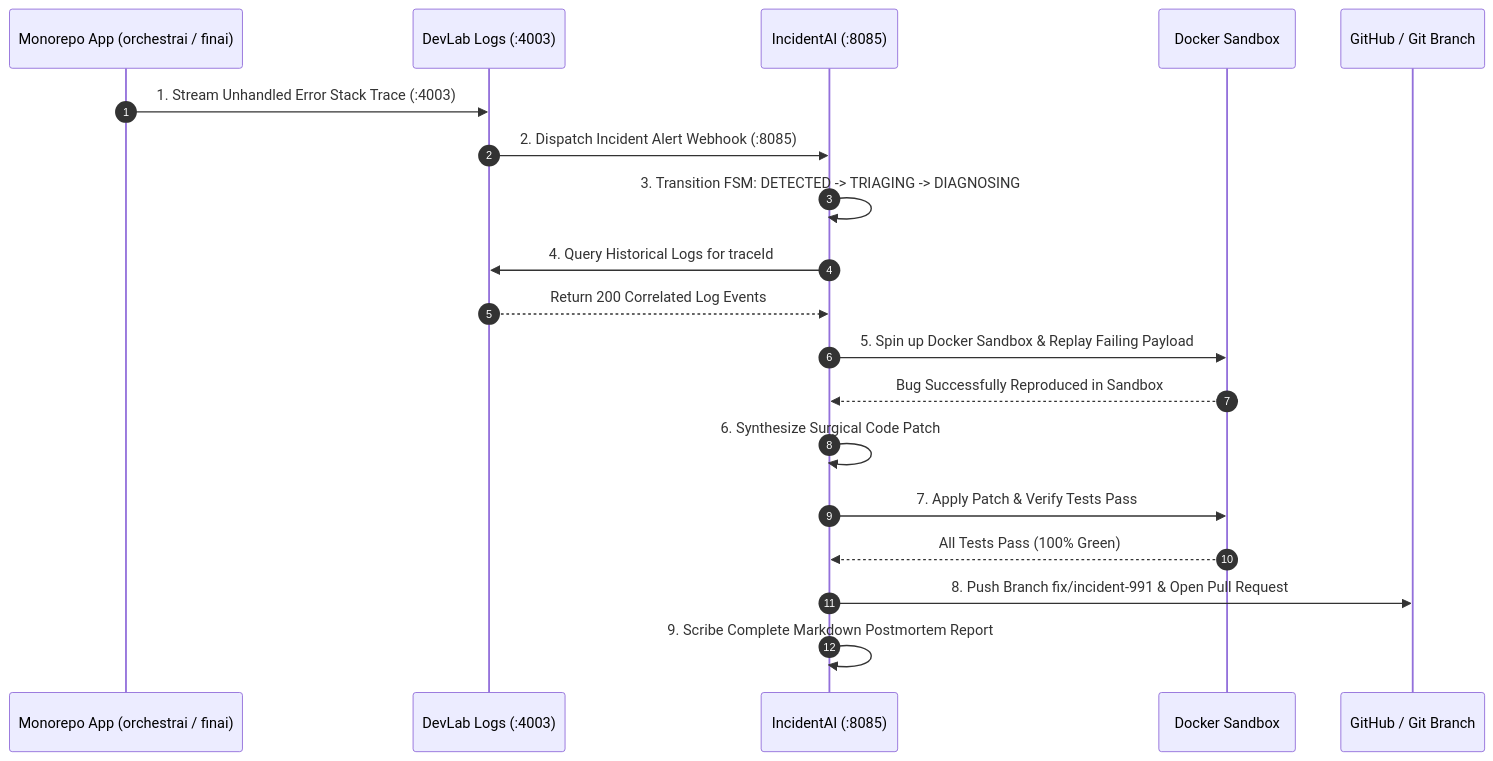
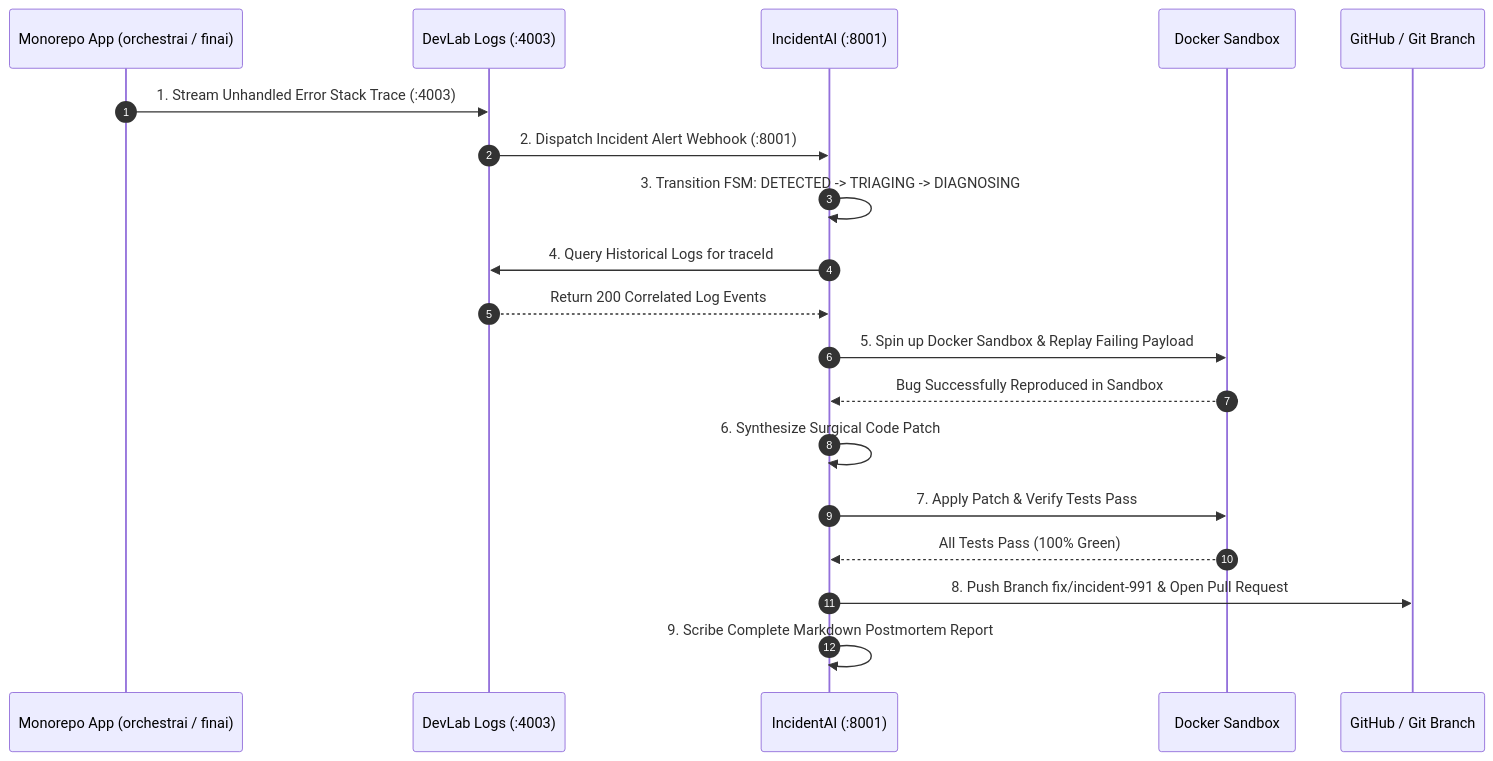
Before and after one commit to yuvadevlab/incidentai: the diagram in PROJECT_INFO.md, drawn with Mermaid. The commit also changed other lines of this file and 14 other files, not shown here.

````diff
--- a/PROJECT_INFO.md
+++ b/PROJECT_INFO.md
@@ -107,25 +107,25 @@
 ```mermaid
 sequenceDiagram
     autonumber
     participant App as Monorepo App (orchestrai / finai)
     participant Logs as DevLab Logs (:4003)
-    participant IA as IncidentAI (:8085)
+    participant IA as IncidentAI (:8001)
     participant Sandbox as Docker Sandbox
     participant Git as GitHub / Git Branch
 
     App->>Logs: 1. Stream Unhandled Error Stack Trace (:4003)
-    Logs->>IA: 2. Dispatch Incident Alert Webhook (:8085)
+    Logs->>IA: 2. Dispatch Incident Alert Webhook (:8001)
     IA->>IA: 3. Transition FSM: DETECTED -> TRIAGING -> DIAGNOSING
     IA->>Logs: 4. Query Historical Logs for traceId
     Logs-->>IA: Return 200 Correlated Log Events
 
     IA->>Sandbox: 5. Spin up Docker Sandbox & Replay Failing Payload
     Sandbox-->>IA: Bug Successfully Reproduced in Sandbox
 
     IA->>IA: 6. Synthesize Surgical Code Patch
     IA->>Sandbox: 7. Apply Patch & Verify Tests Pass
     Sandbox-->>IA: All Tests Pass (100% Green)
 
     IA->>Git: 8. Push Branch fix/incident-991 & Open Pull Request
     IA->>IA: 9. Scribe Complete Markdown Postmortem Report
 ```
````
